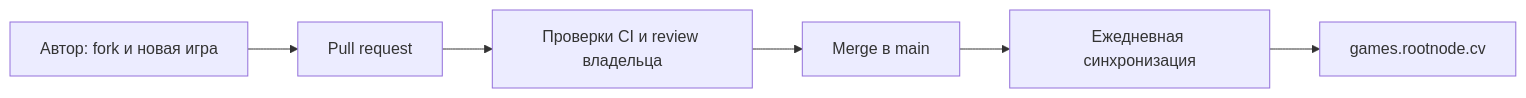
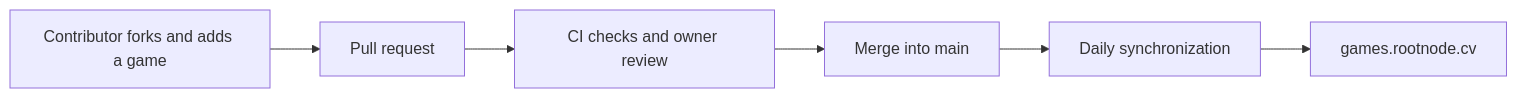
Before and after one commit to glinko/rootnode-games: the diagram in README.md, drawn with Mermaid. The commit also changed other lines of this file and 10 other files, not shown here.

````diff
--- a/README.md
+++ b/README.md
@@ -8,8 +8,8 @@
 ```mermaid
 flowchart LR
-  A[Автор: fork и новая игра] --> B[Pull request]
-  B --> C[Проверки CI и review владельца]
-  C --> D[Merge в main]
-  D --> E[Ежедневная синхронизация]
+  A[Contributor forks and adds a game] --> B[Pull request]
+  B --> C[CI checks and owner review]
+  C --> D[Merge into main]
+  D --> E[Daily synchronization]
   E --> F[games.rootnode.cv]
 ```
````
